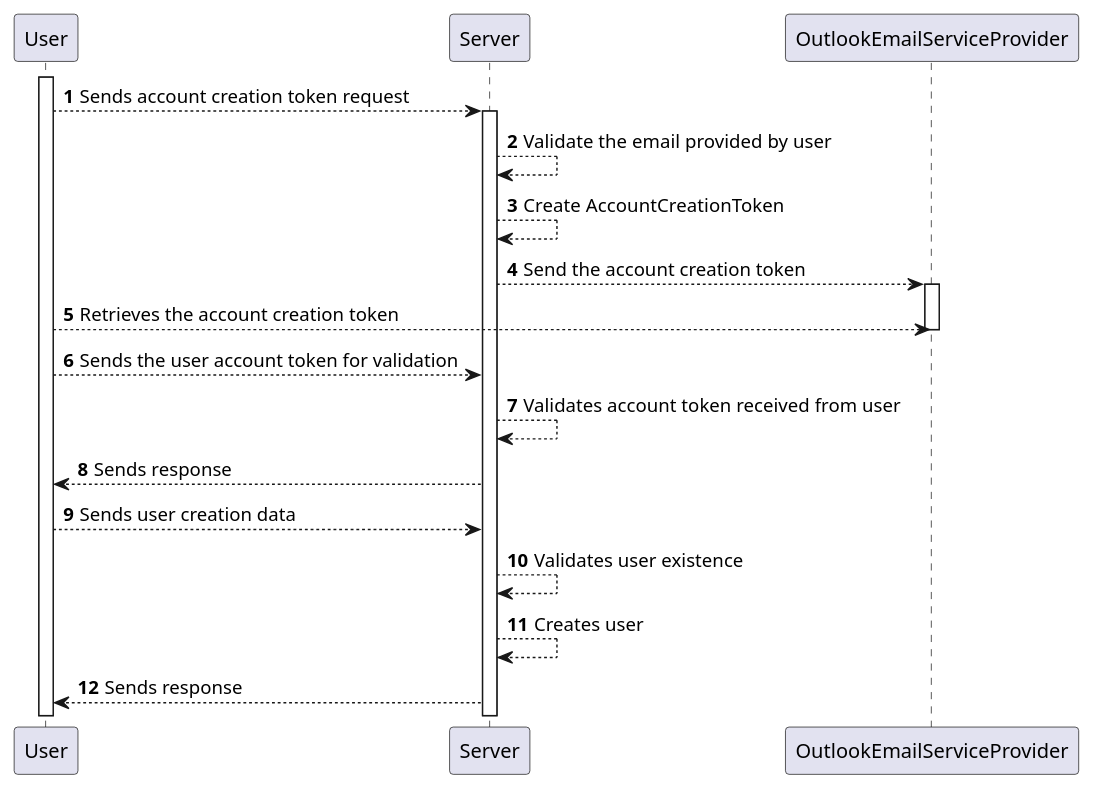
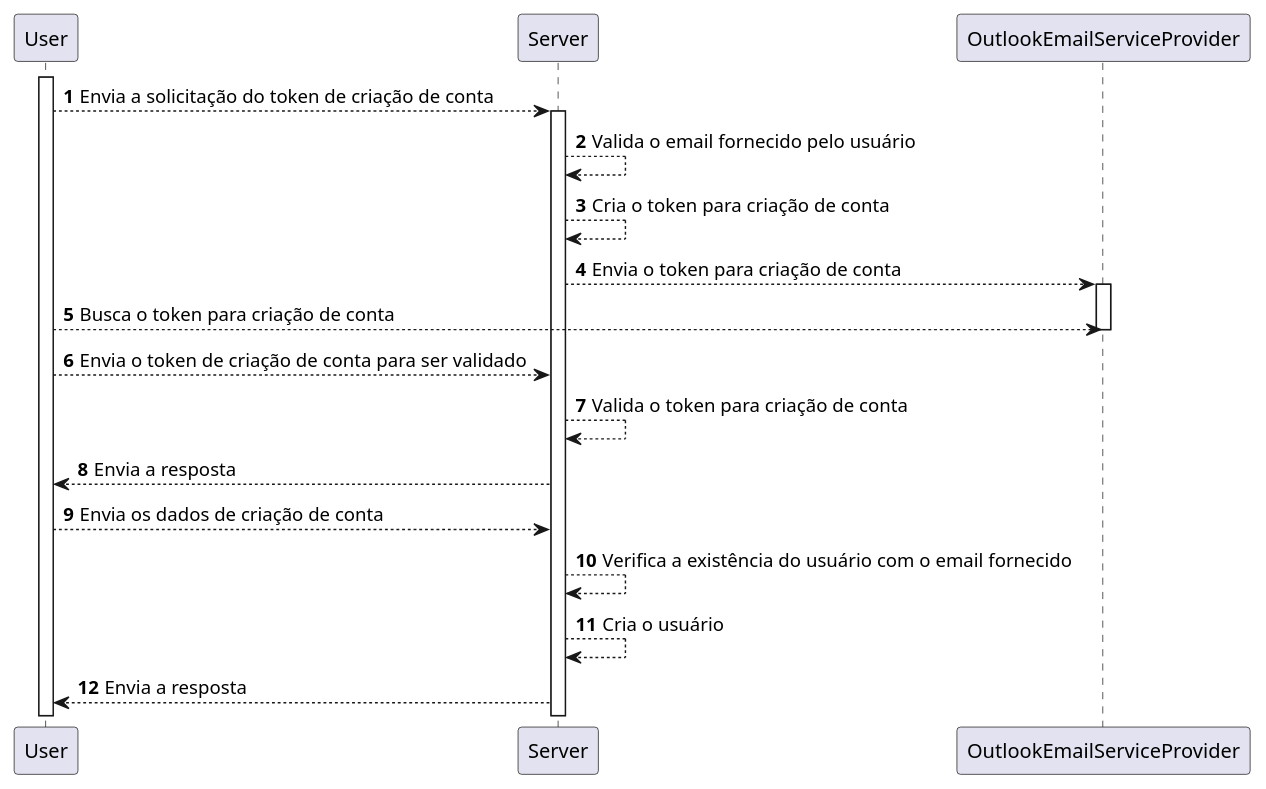
One commit to DricoGrosch/TCC-UDESC-DJANGO-APP changed the diagram in diagrama_sequencia.puml. Above: the diagram before and after it, drawn with PlantUML. The commit also changed 2 other files, not shown here.

Commit message:
diagramas

```diff
--- a/diagrama_sequencia.puml
+++ b/diagrama_sequencia.puml
@@ -1,25 +1,25 @@
 @startuml proxy-auth-sequence
 
 autonumber 1
 
 activate User
-    User --> Server: Sends account creation token request
+    User --> Server: Envia a solicitação do token de criação de conta
 
 activate Server
-    Server --> Server: Validate the email provided by user
-    Server --> Server: Create AccountCreationToken
-    Server --> OutlookEmailServiceProvider: Send the account creation token
+    Server --> Server: Valida o email fornecido pelo usuário
+    Server --> Server: Cria o token para criação de conta
+    Server --> OutlookEmailServiceProvider: Envia o token para criação de conta
 
 activate OutlookEmailServiceProvider
-    User-->OutlookEmailServiceProvider: Retrieves the account creation token
+    User-->OutlookEmailServiceProvider: Busca o token para criação de conta
 deactivate
 
-User-->Server: Sends the user account token for validation
+User-->Server: Envia o token de criação de conta para ser validado
 
-Server-->Server: Validates account token received from user
-Server-->User: Sends response
-User-->Server: Sends user creation data
-Server-->Server: Validates user existence
-Server-->Server: Creates user
-Server--> User: Sends response
+Server-->Server: Valida o token para criação de conta
+Server-->User: Envia a resposta
+User-->Server: Envia os dados de criação de conta
+Server-->Server: Verifica a existência do usuário com o email fornecido
+Server-->Server: Cria o usuário
+Server--> User: Envia a resposta
 @enduml
```
